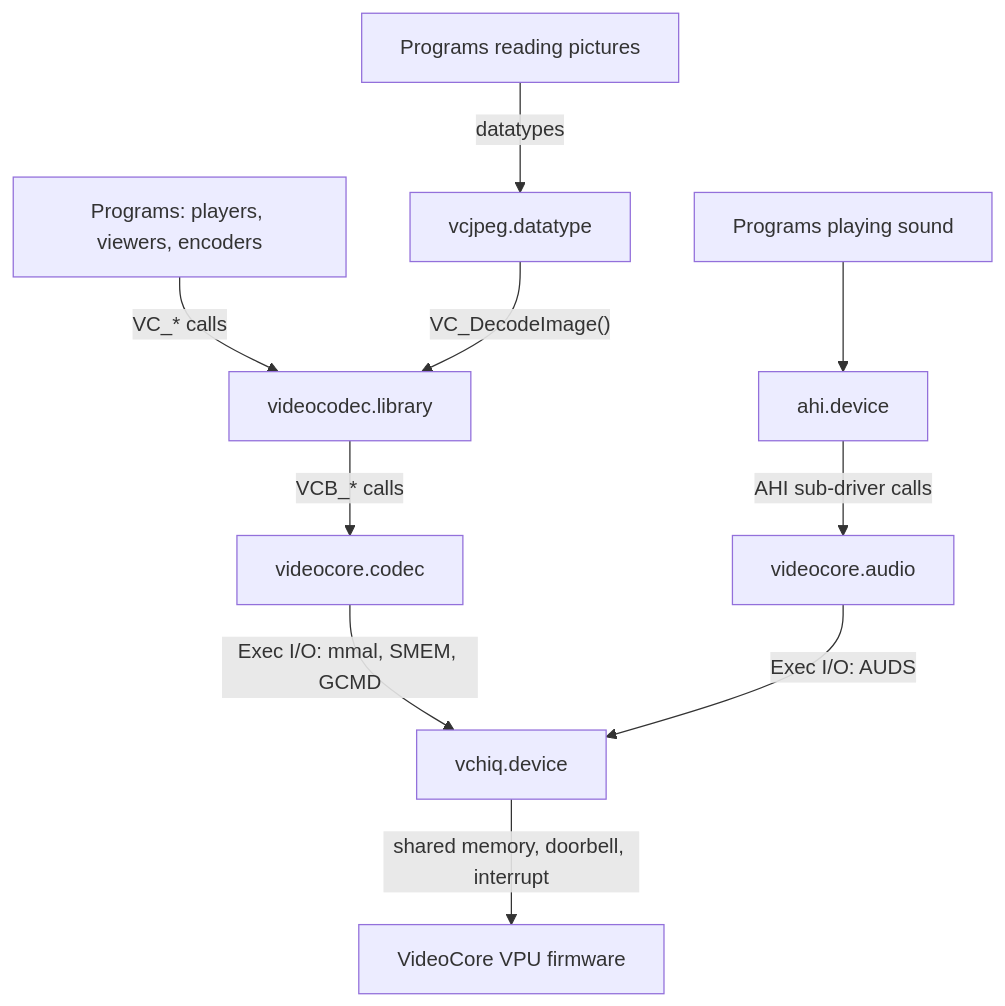
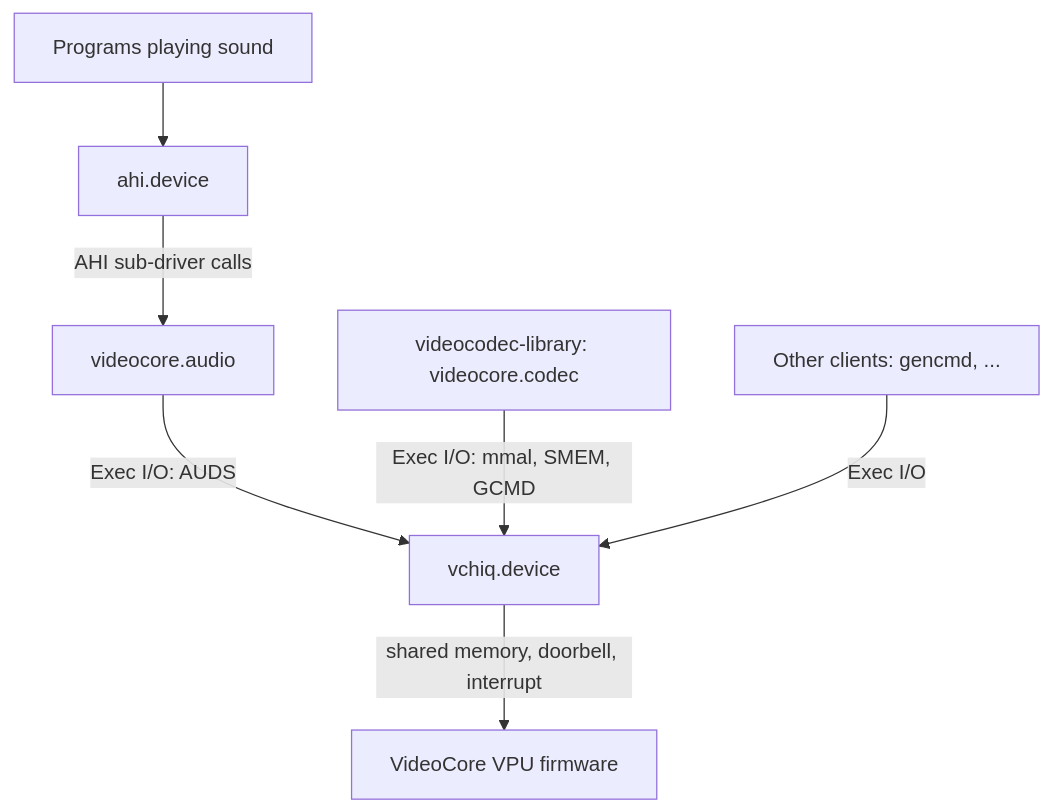
One commit to rondoval/emu68-vchiq-driver changed the first of 4 diagrams in docs/architecture.md. Above: the diagram before and after it, drawn with Mermaid. The commit also changed other lines of this file and 154 other files, not shown here.

````diff
--- a/docs/architecture.md
+++ b/docs/architecture.md
@@ -14,23 +16,17 @@
 ```mermaid
 flowchart TD
-    prog["Programs: players, viewers, encoders"]
-    pic["Programs reading pictures"]
     snd["Programs playing sound"]
-    dt["vcjpeg.datatype"]
+    vid["videocodec-library: videocore.codec"]
+    other["Other clients: gencmd, ..."]
     ahi["ahi.device"]
-    lib["videocodec.library"]
-    codec["videocore.codec"]
     audio["videocore.audio"]
     dev["vchiq.device"]
     vpu["VideoCore VPU firmware"]
 
-    prog -->|"VC_* calls"| lib
-    pic -->|"datatypes"| dt
-    dt -->|"VC_DecodeImage()"| lib
     snd --> ahi
     ahi -->|"AHI sub-driver calls"| audio
-    lib -->|"VCB_* calls"| codec
-    codec -->|"Exec I/O: mmal, SMEM, GCMD"| dev
     audio -->|"Exec I/O: AUDS"| dev
+    vid -->|"Exec I/O: mmal, SMEM, GCMD"| dev
+    other -->|"Exec I/O"| dev
     dev -->|"shared memory, doorbell, interrupt"| vpu
 ```
````
